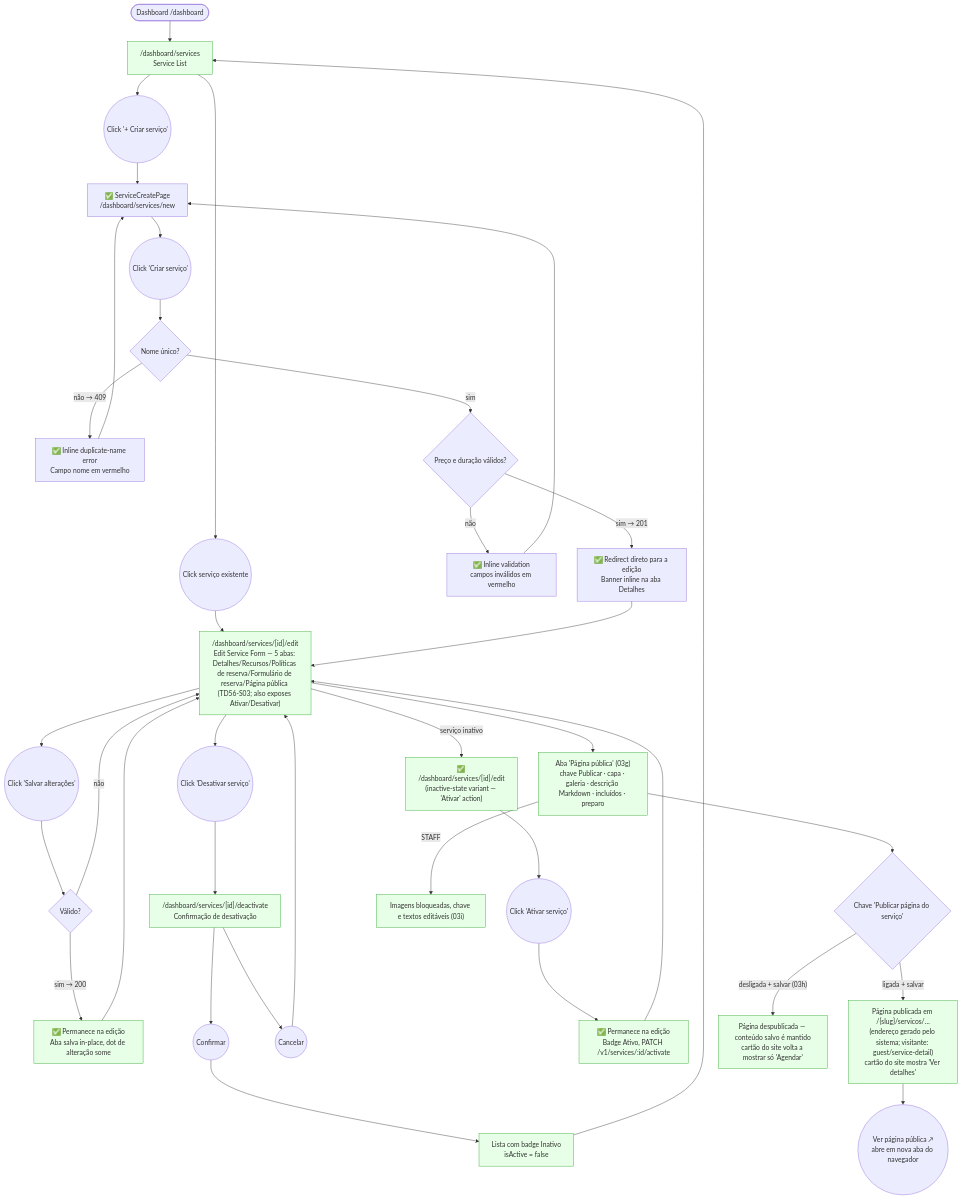
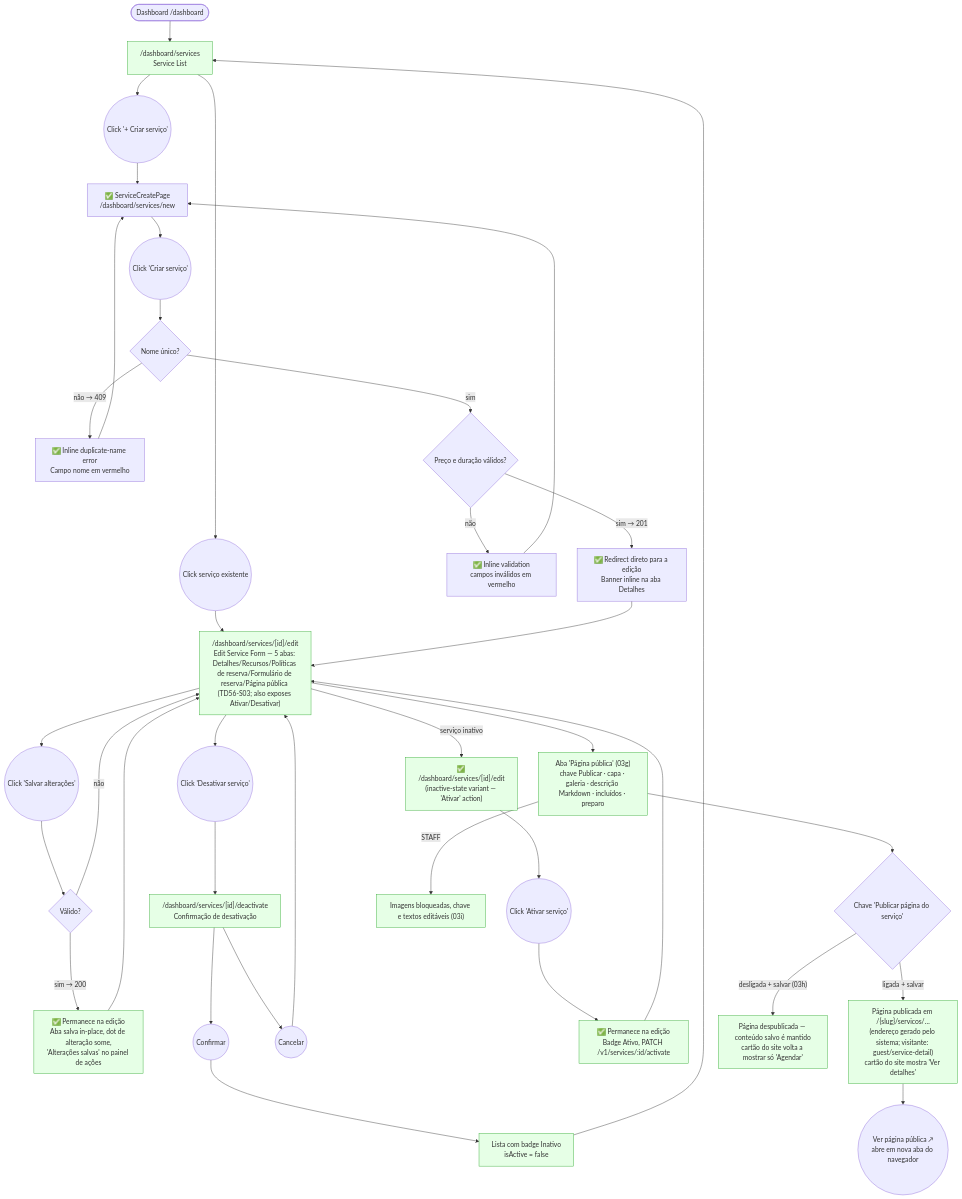
One commit to lmmoreira/ikaro changed the diagram in journeys/staff/servicos.md. Above: the diagram before and after it, drawn with Mermaid. The commit also changed 7 other files, not shown here.

````diff
--- a/journeys/staff/servicos.md
+++ b/journeys/staff/servicos.md
@@ -10,56 +10,56 @@
 ```mermaid
 flowchart TD
     classDef existing fill:#e6ffe6,stroke:#3a3
     classDef gap stroke:#f00,stroke-dasharray: 5 5,fill:#fee
 
     Start(["Dashboard /dashboard"]) --> List["/dashboard/services<br/>Service List"]
 
     List --> CreateBtn(("Click '+ Criar serviço'"))
     List --> EditClick(("Click serviço existente"))
 
     %% UC-012 — Create
     CreateBtn --> CreateForm["✅ ServiceCreatePage<br/>/dashboard/services/new"]
     CreateForm --> CreateSubmit(("Click 'Criar serviço'"))
     CreateSubmit --> NameCheck{"Nome único?"}
     NameCheck -- "não → 409" --> NameError["✅ Inline duplicate-name error<br/>Campo nome em vermelho"]
     NameError --> CreateForm
     NameCheck -- "sim" --> PriceCheck{"Preço e duração válidos?"}
     PriceCheck -- "não" --> ValError["✅ Inline validation<br/>campos inválidos em vermelho"]
     ValError --> CreateForm
     PriceCheck -- "sim → 201" --> CreateSuccess["✅ Redirect direto para a edição<br/>Banner inline na aba Detalhes"]
 
     %% UC-013 — Edit
     EditClick --> EditForm["/dashboard/services/[id]/edit<br/>Edit Service Form — 5 abas: Detalhes/Recursos/Políticas de reserva/Formulário de reserva/Página pública (TD56-S03; also exposes Ativar/Desativar)"]
     EditForm --> EditSubmit(("Click 'Salvar alterações'"))
     EditSubmit --> EditCheck{"Válido?"}
     EditCheck -- "não" --> EditForm
-    EditCheck -- "sim → 200" --> EditSuccess["✅ Permanece na edição<br/>Aba salva in-place, dot de alteração some"]
+    EditCheck -- "sim → 200" --> EditSuccess["✅ Permanece na edição<br/>Aba salva in-place, dot de alteração some,<br/>'Alterações salvas' no painel de ações"]
 
     EditForm --> DeactivateBtn(("Click 'Desativar serviço'"))
     DeactivateBtn --> DeactivateConfirm["/dashboard/services/[id]/deactivate<br/>Confirmação de desativação"]
     DeactivateConfirm --> ConfirmYes(("Confirmar"))
     DeactivateConfirm --> ConfirmNo(("Cancelar"))
     ConfirmYes --> DeactivateSuccess["Lista com badge Inativo<br/>isActive = false"]
     ConfirmNo --> EditForm
 
     %% UC-013 A4 — Reactivate (inactive service)
     EditForm -- "serviço inativo" --> InactiveEdit["✅ /dashboard/services/[id]/edit<br/>(inactive-state variant — 'Ativar' action)"]
     InactiveEdit --> ActivateBtn(("Click 'Ativar serviço'"))
     ActivateBtn --> ActivateSuccess["✅ Permanece na edição<br/>Badge Ativo, PATCH /v1/services/:id/activate"]
 
     %% UC-013 A5 — Public service page (TD56-S03)
     EditForm --> PublicTab["Aba 'Página pública' (03g)<br/>chave Publicar · capa · galeria · descrição Markdown · incluídos · preparo"]
     PublicTab --> PublishToggle{"Chave 'Publicar página do serviço'"}
     PublishToggle -- "ligada + salvar" --> PublicLive["Página publicada em /{slug}/servicos/…<br/>(endereço gerado pelo sistema; visitante: guest/service-detail)<br/>cartão do site mostra 'Ver detalhes'"]
     PublishToggle -- "desligada + salvar (03h)" --> Unpublished["Página despublicada — conteúdo salvo é mantido<br/>cartão do site volta a mostrar só 'Agendar'"]
     PublicLive --> ViewLink(("Ver página pública ↗<br/>abre em nova aba do navegador"))
     PublicTab -- "STAFF" --> StaffLocked["Imagens bloqueadas, chave e textos editáveis (03i)"]
 
     CreateSuccess --> EditForm
     EditSuccess --> EditForm
     DeactivateSuccess --> List
     ActivateSuccess --> EditForm
 
     class List,EditForm,DeactivateConfirm,EditSuccess,DeactivateSuccess,InactiveEdit,ActivateSuccess existing
     class PublicTab,PublicLive,Unpublished,StaffLocked existing
 ```
````
